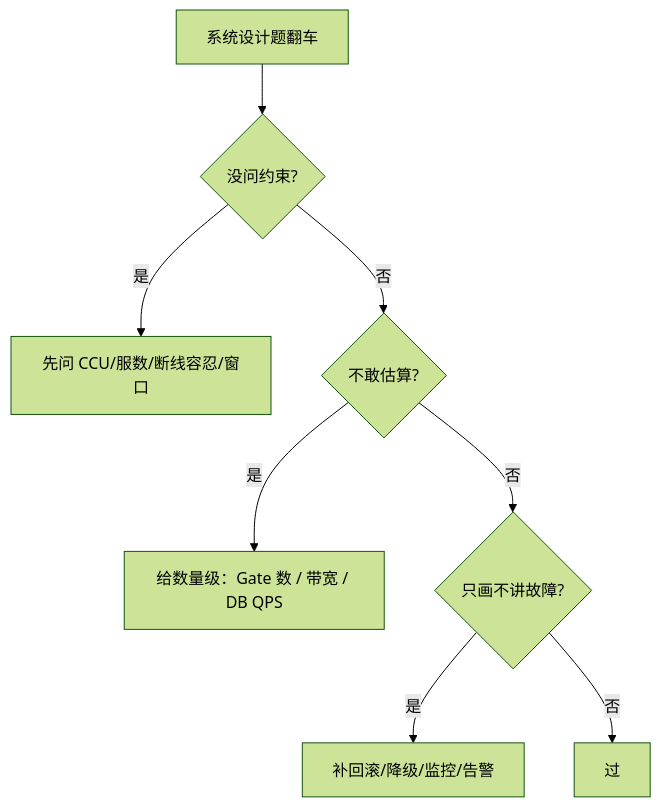
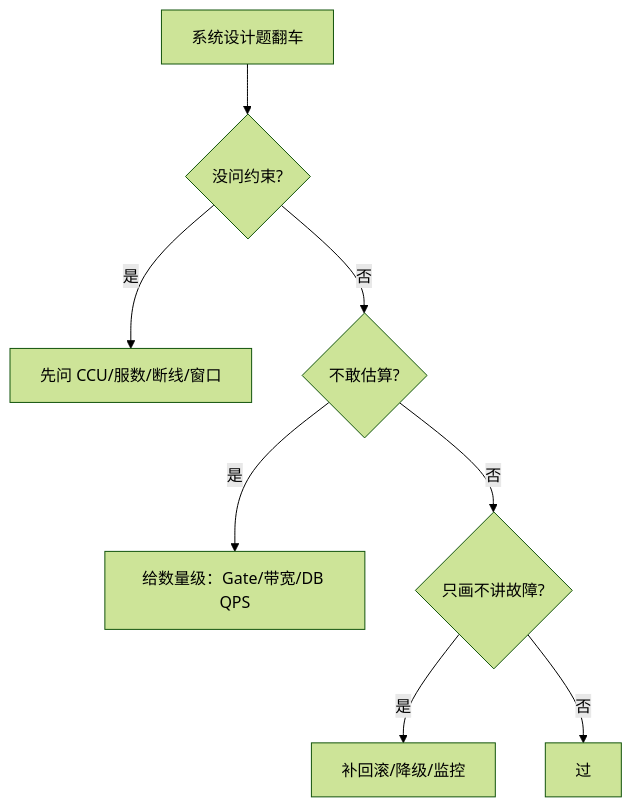
The seventh of 7 diagrams in 10-面试综合与系统设计/03-游戏SRE系统设计实战/知识点.md (ml-cuizijun/LearnToLilith), drawn with Mermaid (forest theme) before and after one commit. The commit also changed other lines of this file and 178 other files, not shown here.

````diff
--- a/10-面试综合与系统设计/03-游戏SRE系统设计实战/知识点.md
+++ b/10-面试综合与系统设计/03-游戏SRE系统设计实战/知识点.md
@@ -525,10 +367,10 @@
 ```mermaid
 flowchart TB
     A[系统设计题翻车] --> B{没问约束?}
-    B -->|是| C[先问 CCU/服数/断线容忍/窗口]
+    B -->|是| C[先问 CCU/服数/断线/窗口]
     B -->|否| D{不敢估算?}
-    D -->|是| E[给数量级：Gate 数 / 带宽 / DB QPS]
+    D -->|是| E[给数量级：Gate/带宽/DB QPS]
     D -->|否| F{只画不讲故障?}
-    F -->|是| G[补回滚/降级/监控/告警]
+    F -->|是| G[补回滚/降级/监控]
     F -->|否| H[过]
 ```
````
